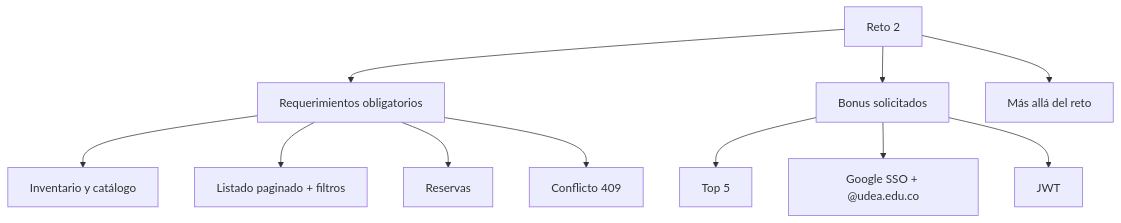
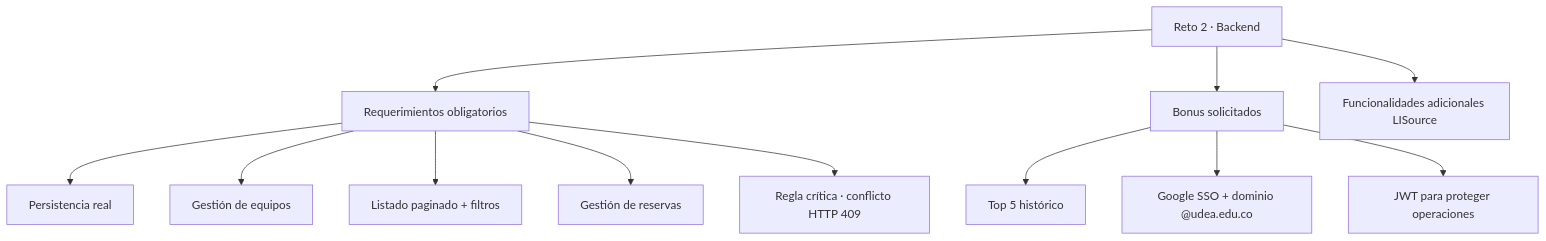
One commit to lisudea/technical-test-2026-2 changed the first of 20 diagrams in README.md. Above: the diagram before and after it, drawn with Mermaid. The commit also changed other lines of this file, not shown here.

Commit message:
docs(backend): finalize Reto 2 technical documentation

````diff
--- a/README.md
+++ b/README.md
@@ -109,13 +109,16 @@
 ```mermaid
 flowchart TB
-  R[Reto 2] --> O[Requerimientos obligatorios]
+  R[Reto 2 · Backend] --> O[Requerimientos obligatorios]
   R --> B[Bonus solicitados]
-  R --> X[Más allá del reto]
-  O --> E[Inventario y catálogo]
-  O --> P[Listado paginado + filtros]
-  O --> S[Reservas]
-  O --> C[Conflicto 409]
-  B --> T[Top 5]
-  B --> G[Google SSO + @udea.edu.co]
-  B --> J[JWT]
+  R --> X[Funcionalidades adicionales LISource]
+
+  O --> P[Persistencia real]
+  O --> E[Gestión de equipos]
+  O --> L[Listado paginado + filtros]
+  O --> S[Gestión de reservas]
+  O --> C[Regla crítica · conflicto HTTP 409]
+
+  B --> T[Top 5 histórico]
+  B --> G[Google SSO + dominio @udea.edu.co]
+  B --> J[JWT para proteger operaciones]
 ```
````
